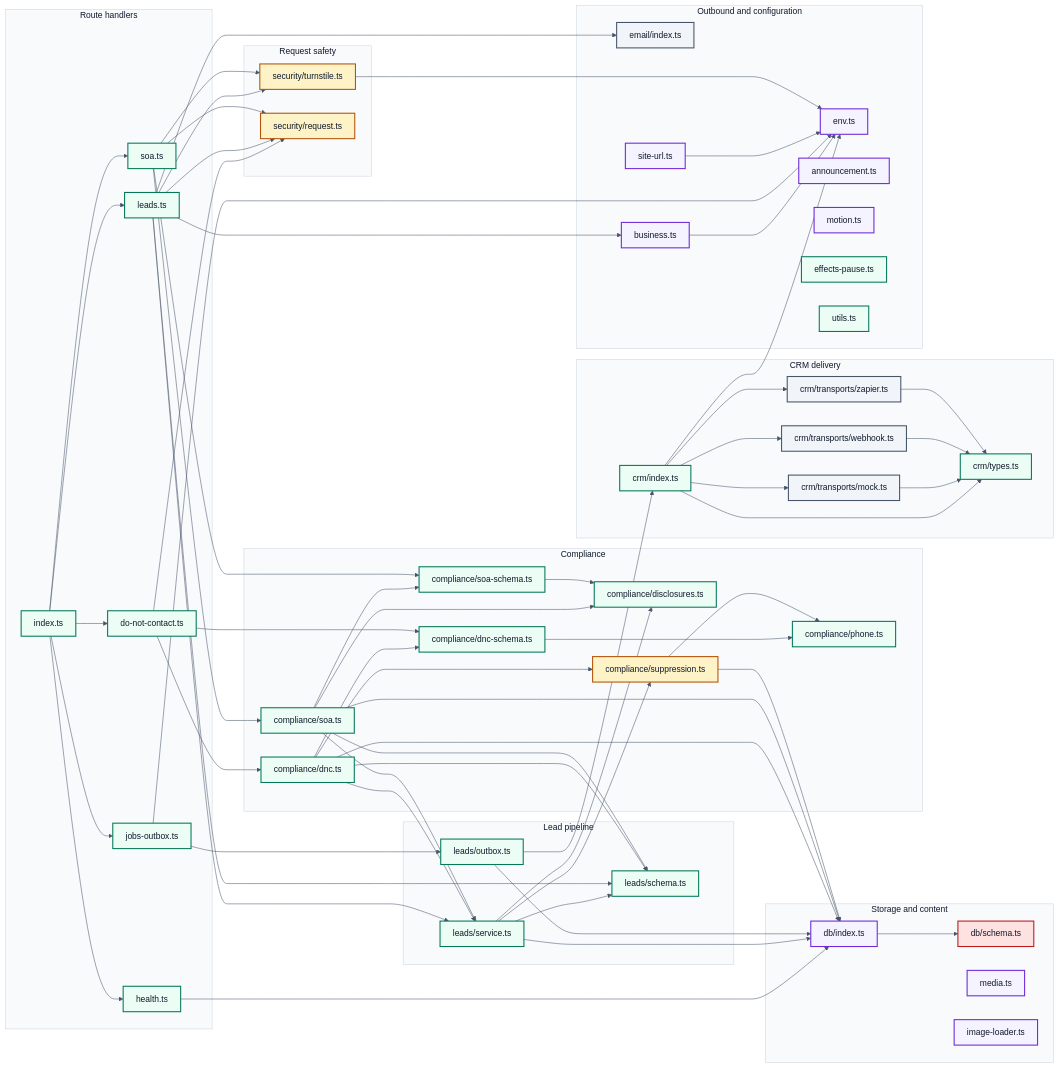
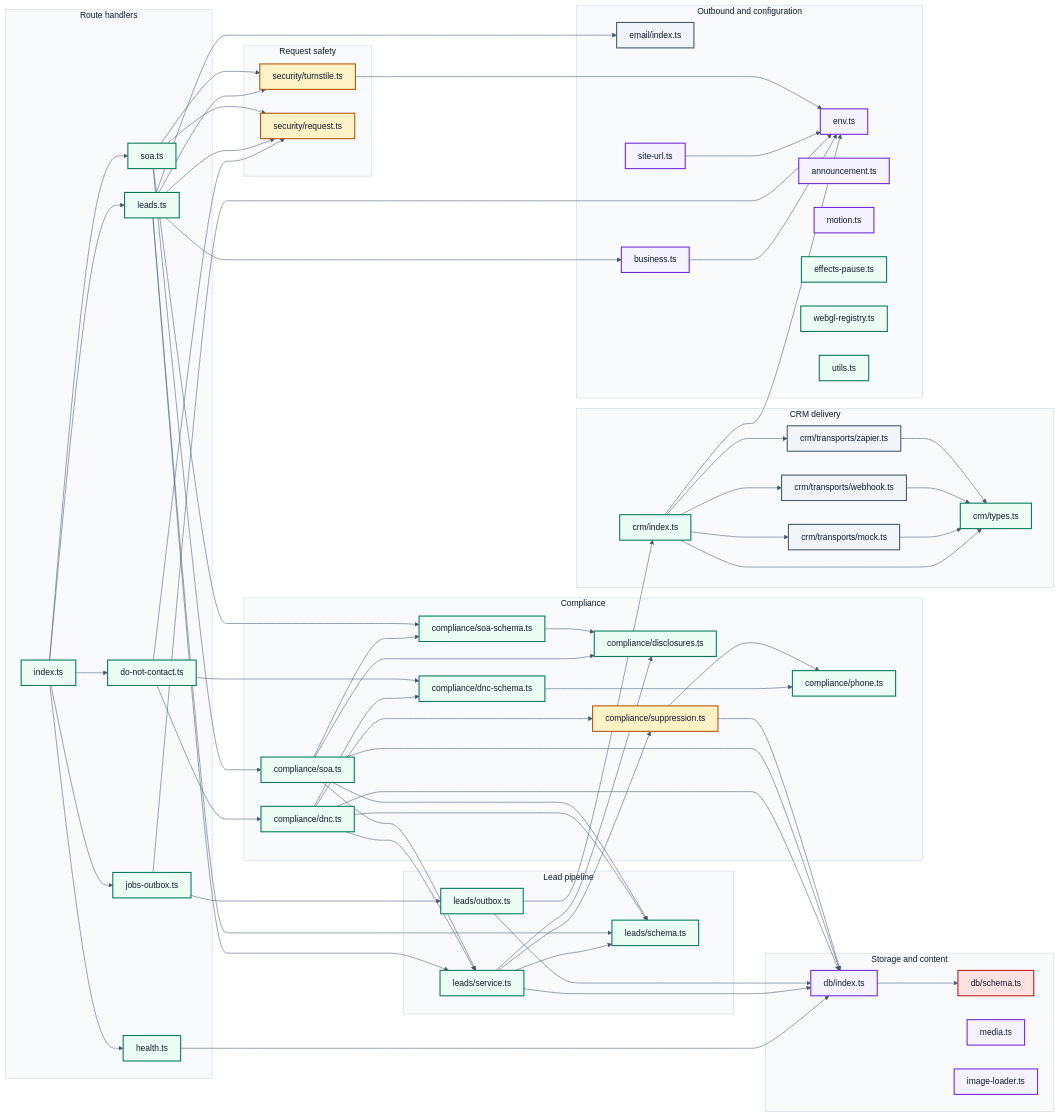
One commit to marc-mccarthy/legacy-benefits-mn changed the diagram in docs/diagrams/D5-module-map.mmd. Above: the diagram before and after it, drawn with Mermaid. The commit also changed 5 other files, not shown here.

Commit message:
feat: single webgl context registry

```diff
--- a/docs/diagrams/D5-module-map.mmd
+++ b/docs/diagrams/D5-module-map.mmd
@@ -1,137 +1,138 @@
 %%{init: {"theme":"base","themeVariables":{"fontFamily":"Helvetica Neue, Helvetica, Arial, sans-serif","fontSize":"16px","textColor":"#0F172A","background":"#FFFFFF","lineColor":"#475569","mainBkg":"#EFF6FF","nodeBorder":"#1D4ED8","primaryColor":"#EFF6FF","primaryBorderColor":"#1D4ED8","primaryTextColor":"#0F172A","secondaryColor":"#F1F5F9","secondaryBorderColor":"#475569","secondaryTextColor":"#0F172A","tertiaryColor":"#F8FAFC","tertiaryBorderColor":"#CBD5E1","tertiaryTextColor":"#0F172A","clusterBkg":"#F8FAFC","clusterBorder":"#CBD5E1","edgeLabelBackground":"#FFFFFF","actorBkg":"#EEF2FF","actorBorder":"#4338CA","actorTextColor":"#0F172A","signalColor":"#475569","signalTextColor":"#0F172A","noteBkgColor":"#FEF3C7","noteBorderColor":"#B45309","noteTextColor":"#0F172A","activationBkgColor":"#ECFDF5","activationBorderColor":"#047857","labelBoxBkgColor":"#FEF3C7","labelBoxBorderColor":"#B45309","sequenceNumberColor":"#FFFFFF"},"flowchart":{"htmlLabels":false,"curve":"basis","nodeSpacing":45,"rankSpacing":60,"padding":12},"sequence":{"useMaxWidth":false,"htmlLabels":false,"mirrorActors":false,"wrap":true,"width":190}}}%%
 flowchart LR
 accTitle: Every server module this repository owns, and what each one imports
 accDescr {
   A left-to-right map of the server side of the application, derived from the imports in the
   code rather than drawn by hand, so it cannot describe a wiring that no longer exists. Each
   box is one module; each arrow is one module importing another. Route handlers sit on the
   left, since every request enters through one of them. The two modules that verify a request
   and the one that decides whether a person may be contacted are drawn as gates, because their
   job is to reject. The database schema is drawn as regulated data, because that is what it
   declares. Test files are excluded: a test importing a module says nothing about how the
-  application is wired. 35 modules and 53 imports are drawn.
+  application is wired. 36 modules and 53 imports are drawn.
 }
 
 subgraph Routehandlers ["Route handlers"]
   apiRouter["index.ts"]
   leadsRoute["leads.ts"]
   soaRoute["soa.ts"]
   dncRoute["do-not-contact.ts"]
   jobsRoute["jobs-outbox.ts"]
   healthRoute["health.ts"]
 end
 
 subgraph Requestsafety ["Request safety"]
   turnstile["security/turnstile.ts"]
   request["security/request.ts"]
 end
 
 subgraph Leadpipeline ["Lead pipeline"]
   leadService["leads/service.ts"]
   leadSchema["leads/schema.ts"]
   outbox["leads/outbox.ts"]
 end
 
 subgraph Compliance ["Compliance"]
   disclosures["compliance/disclosures.ts"]
   suppression["compliance/suppression.ts"]
   phone["compliance/phone.ts"]
   dnc["compliance/dnc.ts"]
   dncSchema["compliance/dnc-schema.ts"]
   soa["compliance/soa.ts"]
   soaSchema["compliance/soa-schema.ts"]
 end
 
 subgraph CRMdelivery ["CRM delivery"]
   crm["crm/index.ts"]
   crmTypes["crm/types.ts"]
   webhook["crm/transports/webhook.ts"]
   zapier["crm/transports/zapier.ts"]
   mock["crm/transports/mock.ts"]
 end
 
 subgraph Storageandcontent ["Storage and content"]
   db["db/index.ts"]
   dbSchema["db/schema.ts"]
   media["media.ts"]
   imageLoader["image-loader.ts"]
 end
 
 subgraph Outboundandconfiguration ["Outbound and configuration"]
   email["email/index.ts"]
   env["env.ts"]
   siteUrl["site-url.ts"]
   business["business.ts"]
   announcement["announcement.ts"]
   motion["motion.ts"]
   effectsPause["effects-pause.ts"]
+  webglRegistry["webgl-registry.ts"]
   utils["utils.ts"]
 end
 
 apiRouter --> dncRoute
 apiRouter --> healthRoute
 apiRouter --> jobsRoute
 apiRouter --> leadsRoute
 apiRouter --> soaRoute
 business --> env
 crm --> crmTypes
 crm --> env
 crm --> mock
 crm --> webhook
 crm --> zapier
 db --> dbSchema
 dnc --> db
 dnc --> dncSchema
 dnc --> leadSchema
 dnc --> leadService
 dnc --> suppression
 dncRoute --> dnc
 dncRoute --> dncSchema
 dncRoute --> request
 dncSchema --> phone
 healthRoute --> db
 jobsRoute --> env
 jobsRoute --> outbox
 leadService --> db
 leadService --> disclosures
 leadService --> leadSchema
 leadService --> suppression
 leadsRoute --> business
 leadsRoute --> email
 leadsRoute --> leadSchema
 leadsRoute --> leadService
 leadsRoute --> request
 leadsRoute --> turnstile
 mock --> crmTypes
 outbox --> crm
 outbox --> db
 siteUrl --> env
 soa --> db
 soa --> disclosures
 soa --> leadSchema
 soa --> leadService
 soa --> soaSchema
 soaRoute --> request
 soaRoute --> soa
 soaRoute --> soaSchema
 soaRoute --> turnstile
 soaSchema --> disclosures
 suppression --> db
 suppression --> phone
 turnstile --> env
 webhook --> crmTypes
 zapier --> crmTypes
 
 classDef human    fill:#EEF2FF,stroke:#4338CA,stroke-width:2px,color:#0F172A
 classDef client   fill:#EFF6FF,stroke:#1D4ED8,stroke-width:2px,color:#0F172A
 classDef ours     fill:#ECFDF5,stroke:#047857,stroke-width:2px,color:#0F172A
 classDef guard    fill:#FEF3C7,stroke:#B45309,stroke-width:2px,color:#0F172A
 classDef vendor   fill:#F1F5F9,stroke:#475569,stroke-width:2px,color:#0F172A
 classDef phi      fill:#FEE2E2,stroke:#B91C1C,stroke-width:2px,color:#0F172A
 classDef artifact fill:#F5F3FF,stroke:#6D28D9,stroke-width:2px,color:#0F172A
 
-class apiRouter,leadsRoute,soaRoute,dncRoute,jobsRoute,healthRoute,leadService,leadSchema,outbox,disclosures,phone,dnc,dncSchema,soa,soaSchema,crm,crmTypes,effectsPause,utils ours
+class apiRouter,leadsRoute,soaRoute,dncRoute,jobsRoute,healthRoute,leadService,leadSchema,outbox,disclosures,phone,dnc,dncSchema,soa,soaSchema,crm,crmTypes,effectsPause,webglRegistry,utils ours
 class turnstile,request,suppression guard
 class webhook,zapier,mock,email vendor
 class dbSchema phi
 class db,media,imageLoader,env,siteUrl,business,announcement,motion artifact
```
